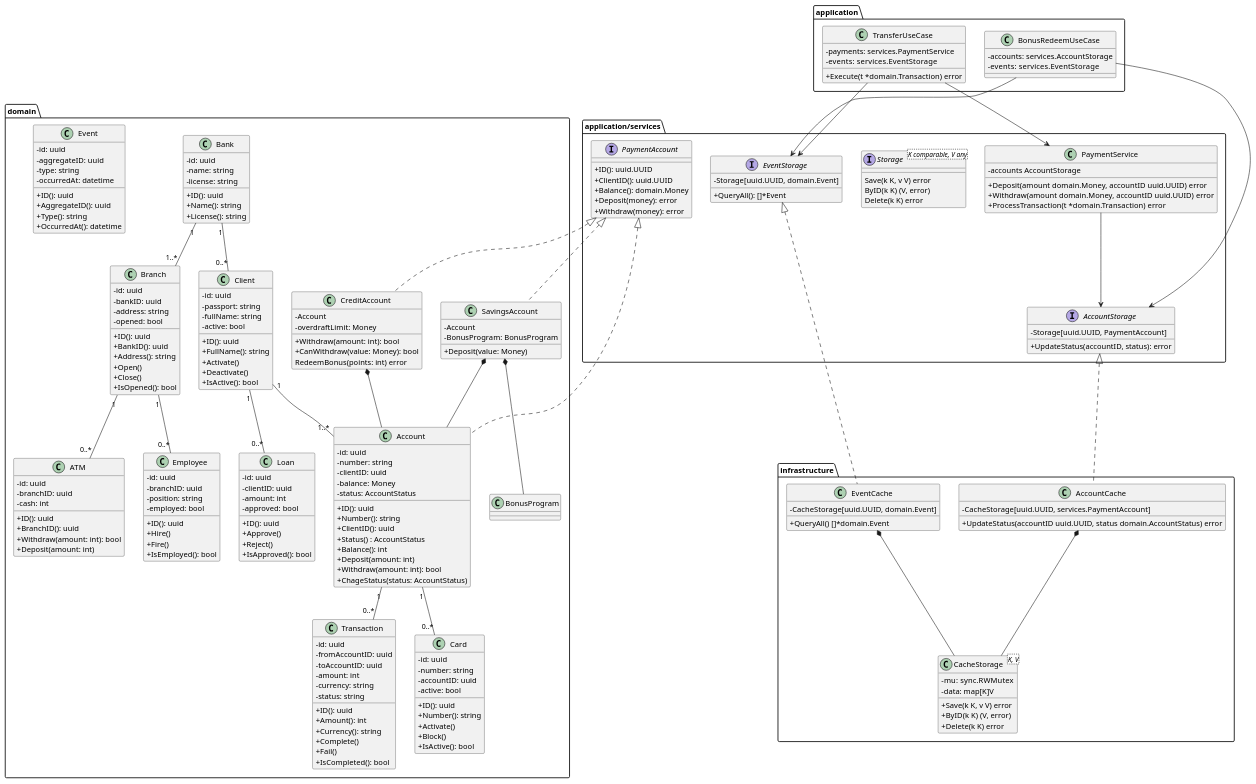
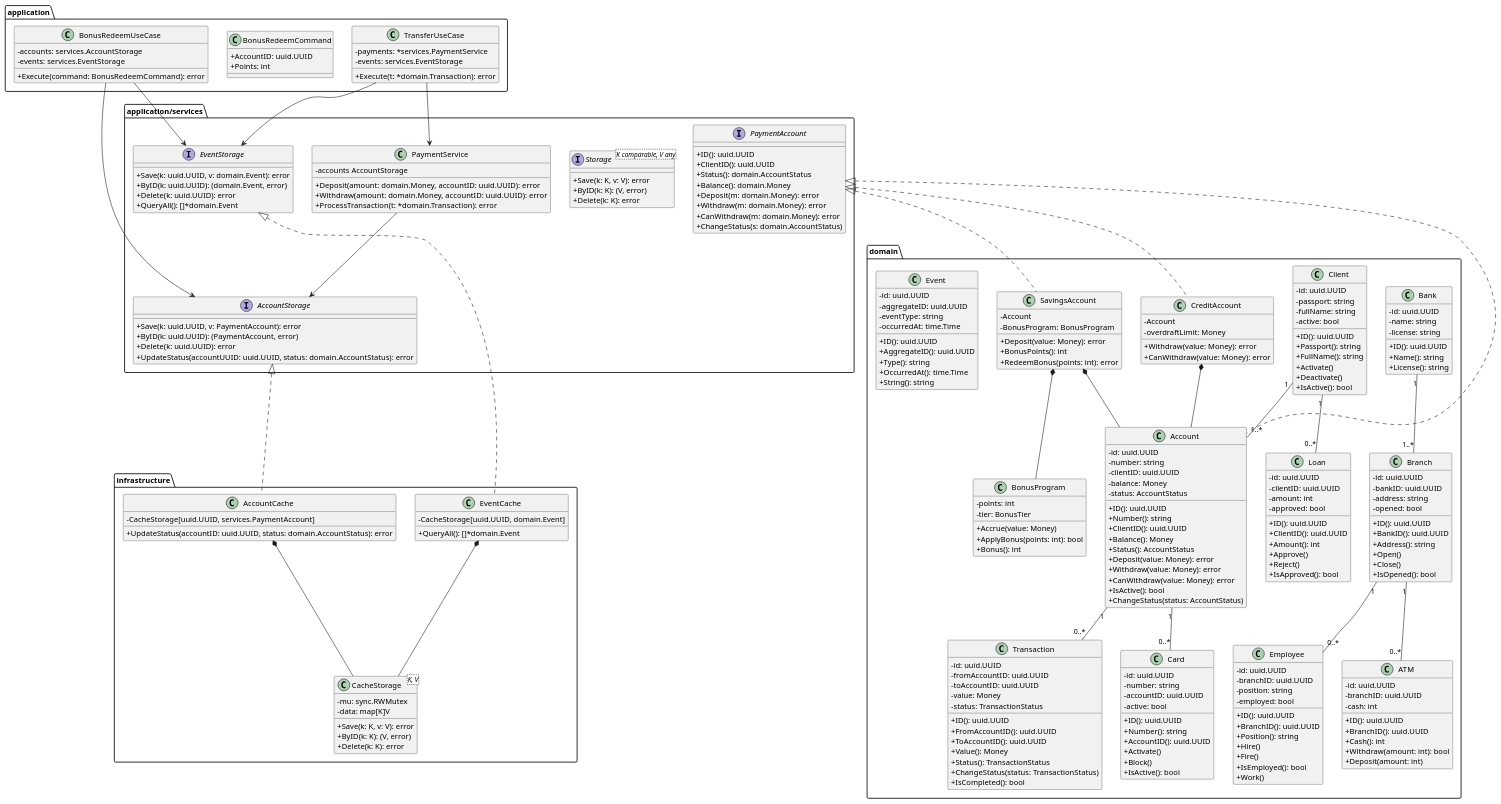
The diagram in laboratory_work-2/diagram.puml (n1jke/oop-bsuir-2025), drawn with PlantUML before and after one commit.

Commit message:
chore: upd uml diagram

```diff
--- a/laboratory_work-2/diagram.puml
+++ b/laboratory_work-2/diagram.puml
@@ -1,23 +1,24 @@
 @startuml lr2-architecture
 skinparam classAttributeIconSize 0
+
 namespace domain {
 
 class Bank {
-  -id: uuid
+  -id: uuid.UUID
   -name: string
   -license: string
-  +ID(): uuid 
+  +ID(): uuid.UUID
   +Name(): string
   +License(): string
 }
 
 class Branch {
-  -id: uuid
-  -bankID: uuid
+  -id: uuid.UUID
+  -bankID: uuid.UUID
   -address: string
   -opened: bool
-  +ID(): uuid
-  +BankID(): uuid
+  +ID(): uuid.UUID
+  +BankID(): uuid.UUID
   +Address(): string
   +Open()
   +Close()
@@ -25,11 +26,12 @@
 }
 
 class Client {
-  -id: uuid
+  -id: uuid.UUID
   -passport: string
   -fullName: string
   -active: bool
-  +ID(): uuid
+  +ID(): uuid.UUID
+  +Passport(): string
   +FullName(): string
   +Activate()
   +Deactivate()
@@ -37,103 +39,122 @@
 }
 
 class Account {
-  -id: uuid
+  -id: uuid.UUID
   -number: string
-  -clientID: uuid
+  -clientID: uuid.UUID
   -balance: Money
   -status: AccountStatus
-  +ID(): uuid
+  +ID(): uuid.UUID
   +Number(): string
-  +ClientID(): uuid
-  +Status() : AccountStatus
-  +Balance(): int
-  +Deposit(amount: int)
-  +Withdraw(amount: int): bool
-  +ChageStatus(status: AccountStatus)
+  +ClientID(): uuid.UUID
+  +Balance(): Money
+  +Status(): AccountStatus
+  +Deposit(value: Money): error
+  +Withdraw(value: Money): error
+  +CanWithdraw(value: Money): error
+  +IsActive(): bool
+  +ChangeStatus(status: AccountStatus)
 }
 
 class SavingsAccount {
   -Account
   -BonusProgram: BonusProgram
-  +Deposit(value: Money)
+  +Deposit(value: Money): error
+  +BonusPoints(): int
+  +RedeemBonus(points: int): error
 }
 
 class CreditAccount {
   -Account
   -overdraftLimit: Money
-  +Withdraw(amount: int): bool
-  +CanWithdraw(value: Money): bool
-  RedeemBonus(points: int) error 
+  +Withdraw(value: Money): error
+  +CanWithdraw(value: Money): error
+}
+
+class BonusProgram {
+  -points: int
+  -tier: BonusTier
+  +Accrue(value: Money)
+  +ApplyBonus(points: int): bool
+  +Bonus(): int
 }
 
 class Transaction {
-  -id: uuid
-  -fromAccountID: uuid
-  -toAccountID: uuid
-  -amount: int
-  -currency: string
-  -status: string
-  +ID(): uuid
-  +Amount(): int
-  +Currency(): string
-  +Complete()
-  +Fail()
+  -id: uuid.UUID
+  -fromAccountID: uuid.UUID
+  -toAccountID: uuid.UUID
+  -value: Money
+  -status: TransactionStatus
+  +ID(): uuid.UUID
+  +FromAccountID(): uuid.UUID
+  +ToAccountID(): uuid.UUID
+  +Value(): Money
+  +Status(): TransactionStatus
+  +ChangeStatus(status: TransactionStatus)
   +IsCompleted(): bool
 }
 
 class Card {
-  -id: uuid
+  -id: uuid.UUID
   -number: string
-  -accountID: uuid
+  -accountID: uuid.UUID
   -active: bool
-  +ID(): uuid
+  +ID(): uuid.UUID
   +Number(): string
+  +AccountID(): uuid.UUID
   +Activate()
   +Block()
   +IsActive(): bool
 }
 
 class Employee {
-  -id: uuid
-  -branchID: uuid
+  -id: uuid.UUID
+  -branchID: uuid.UUID
   -position: string
   -employed: bool
-  +ID(): uuid
+  +ID(): uuid.UUID
+  +BranchID(): uuid.UUID
+  +Position(): string
   +Hire()
   +Fire()
   +IsEmployed(): bool
+  +Work()
 }
 
 class Loan {
-  -id: uuid
-  -clientID: uuid
+  -id: uuid.UUID
+  -clientID: uuid.UUID
   -amount: int
   -approved: bool
-  +ID(): uuid
+  +ID(): uuid.UUID
+  +ClientID(): uuid.UUID
+  +Amount(): int
   +Approve()
   +Reject()
   +IsApproved(): bool
 }
 
 class ATM {
-  -id: uuid
-  -branchID: uuid
+  -id: uuid.UUID
+  -branchID: uuid.UUID
   -cash: int
-  +ID(): uuid
-  +BranchID(): uuid
+  +ID(): uuid.UUID
+  +BranchID(): uuid.UUID
+  +Cash(): int
   +Withdraw(amount: int): bool
   +Deposit(amount: int)
 }
 
 class Event {
-  -id: uuid
-  -aggregateID: uuid
-  -type: string
-  -occurredAt: datetime
-  +ID(): uuid
-  +AggregateID(): uuid
+  -id: uuid.UUID
+  -aggregateID: uuid.UUID
+  -eventType: string
+  -occurredAt: time.Time
+  +ID(): uuid.UUID
+  +AggregateID(): uuid.UUID
   +Type(): string
-  +OccurredAt(): datetime
+  +OccurredAt(): time.Time
+  +String(): string
 }
 
 }
@@ -142,70 +163,82 @@
 interface PaymentAccount {
   +ID(): uuid.UUID
   +ClientID(): uuid.UUID
+  +Status(): domain.AccountStatus
   +Balance(): domain.Money
-  +Deposit(money): error
-  +Withdraw(money): error
+  +Deposit(m: domain.Money): error
+  +Withdraw(m: domain.Money): error
+  +CanWithdraw(m: domain.Money): error
+  +ChangeStatus(s: domain.AccountStatus)
 }
 
 interface Storage<K comparable, V any> {
-	Save(k K, v V) error
-	ByID(k K) (V, error)
-	Delete(k K) error
+  +Save(k: K, v: V): error
+  +ByID(k: K): (V, error)
+  +Delete(k: K): error
 }
 
-
 interface AccountStorage {
-  -Storage[uuid.UUID, PaymentAccount]
-  +UpdateStatus(accountID, status): error
+  +Save(k: uuid.UUID, v: PaymentAccount): error
+  +ByID(k: uuid.UUID): (PaymentAccount, error)
+  +Delete(k: uuid.UUID): error
+  +UpdateStatus(accountUUID: uuid.UUID, status: domain.AccountStatus): error
 }
 
 interface EventStorage {
-  -Storage[uuid.UUID, domain.Event]
-  +QueryAll(): []*Event
+  +Save(k: uuid.UUID, v: domain.Event): error
+  +ByID(k: uuid.UUID): (domain.Event, error)
+  +Delete(k: uuid.UUID): error
+  +QueryAll(): []*domain.Event
 }
 
 class PaymentService {
   -accounts AccountStorage
-  +Deposit(amount domain.Money, accountID uuid.UUID) error
-  +Withdraw(amount domain.Money, accountID uuid.UUID) error
-  +ProcessTransaction(t *domain.Transaction) error
+  +Deposit(amount: domain.Money, accountID: uuid.UUID): error
+  +Withdraw(amount: domain.Money, accountID: uuid.UUID): error
+  +ProcessTransaction(t: *domain.Transaction): error
 }
 }
 
 namespace application {
 class TransferUseCase {
-  -payments: services.PaymentService
-	-events:   services.EventStorage
-  +Execute(t *domain.Transaction) error 
+  -payments: *services.PaymentService
+  -events: services.EventStorage
+  +Execute(t: *domain.Transaction): error
 }
+
+class BonusRedeemCommand {
+  +AccountID: uuid.UUID
+  +Points: int
+}
+
 class BonusRedeemUseCase {
   -accounts: services.AccountStorage
-	-events:   services.EventStorage
+  -events: services.EventStorage
+  +Execute(command: BonusRedeemCommand): error
 }
 }
 
 namespace infrastructure {
 class CacheStorage<K, V> {
-  -mu:  sync.RWMutex
-	-data: map[K]V
-  +Save(k K, v V) error
-	+ByID(k K) (V, error)
-	+Delete(k K) error
+  -mu: sync.RWMutex
+  -data: map[K]V
+  +Save(k: K, v: V): error
+  +ByID(k: K): (V, error)
+  +Delete(k: K): error
 }
 
 class AccountCache {
   -CacheStorage[uuid.UUID, services.PaymentAccount]
-  +UpdateStatus(accountID uuid.UUID, status domain.AccountStatus) error 
+  +UpdateStatus(accountID: uuid.UUID, status: domain.AccountStatus): error
 }
 
 class EventCache {
   -CacheStorage[uuid.UUID, domain.Event]
-  +QueryAll() []*domain.Event 
+  +QueryAll(): []*domain.Event
 }
 }
 
 domain.Bank "1" -- "1..*" domain.Branch
-domain.Bank "1" -- "0..*" domain.Client
 
 domain.Branch "1" -- "0..*" domain.Employee
 domain.Branch "1" -- "0..*" domain.ATM
```
